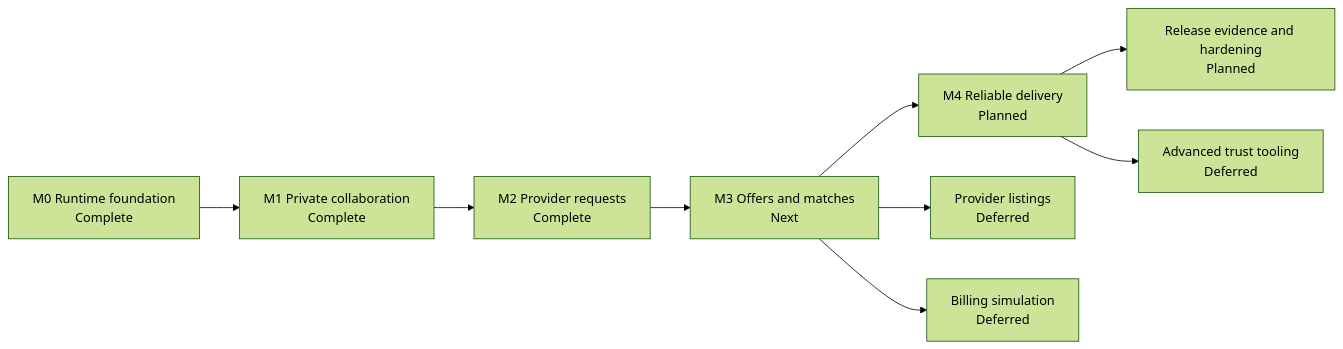
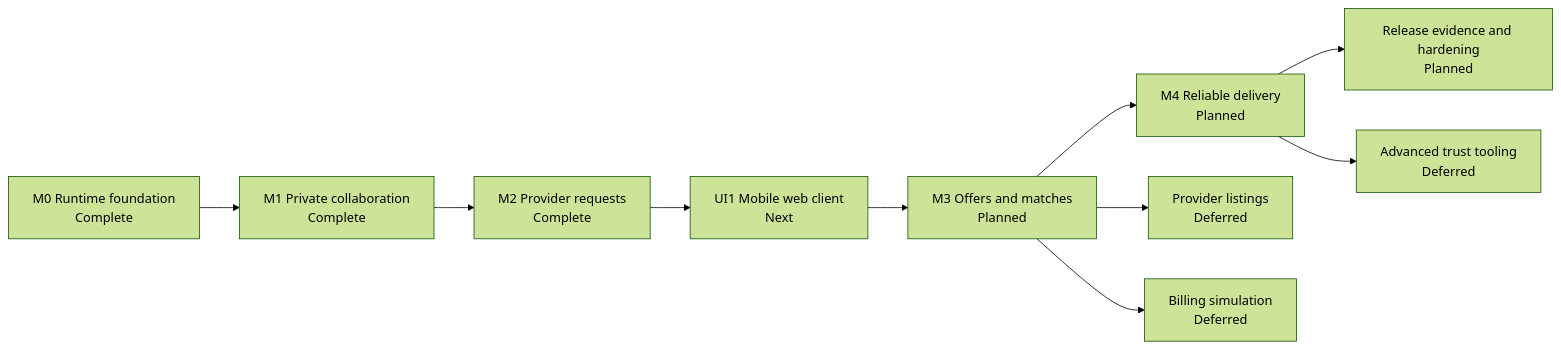
Before and after one commit to builtbyjuls/arat: the diagram in docs/roadmap.md, drawn with Mermaid (forest theme). The commit also changed other lines of this file and 5 other files, not shown here.

Commit message:
docs(web): freeze mobile client semantics

````diff
--- a/docs/roadmap.md
+++ b/docs/roadmap.md
@@ -30,12 +31,13 @@
 ```mermaid
 flowchart LR
     M0[M0 Runtime foundation<br/>Complete] --> M1[M1 Private collaboration<br/>Complete]
     M1 --> M2[M2 Provider requests<br/>Complete]
-    M2 --> M3[M3 Offers and matches<br/>Next]
+    M2 --> UI1[UI1 Mobile web client<br/>Next]
+    UI1 --> M3[M3 Offers and matches<br/>Planned]
     M3 --> M4[M4 Reliable delivery<br/>Planned]
     M4 --> R[Release evidence and hardening<br/>Planned]
 
     M3 --> L[Provider listings<br/>Deferred]
     M3 --> B[Billing simulation<br/>Deferred]
     M4 --> T[Advanced trust tooling<br/>Deferred]
 ```
````
